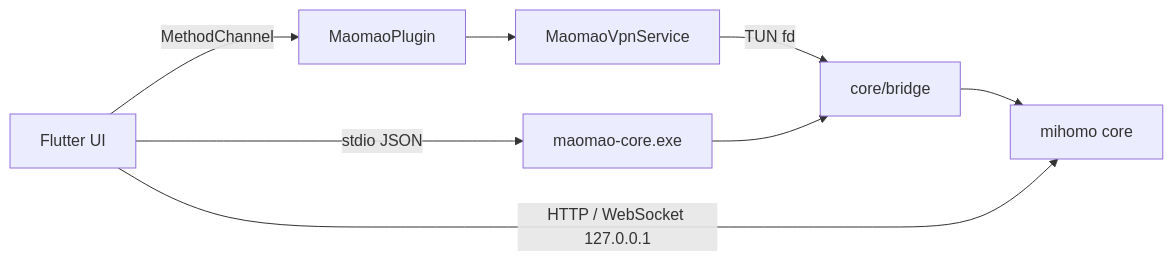
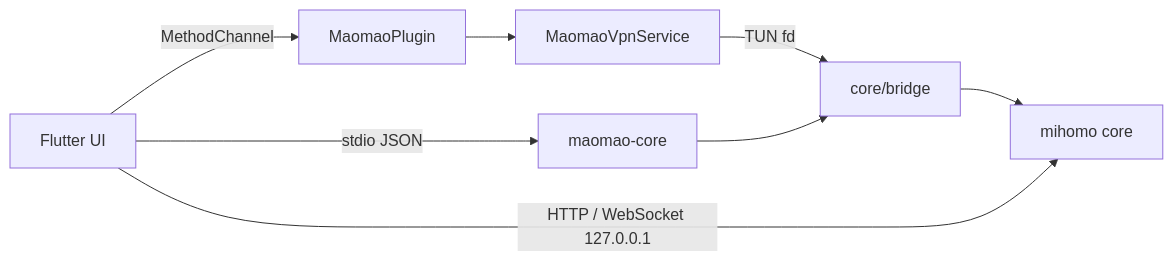
Before and after one commit to lijilong225/maomao: the diagram in README.md, drawn with Mermaid. The commit also changed other lines of this file and 36 other files, not shown here.

````diff
--- a/README.md
+++ b/README.md
@@ -25,10 +26,10 @@
 ```mermaid
 graph LR
   UI[Flutter UI] -->|MethodChannel| Plugin[MaomaoPlugin]
   Plugin --> VPN[MaomaoVpnService]
   VPN -->|TUN fd| Bridge[core/bridge]
-  UI -->|stdio JSON| Sidecar[maomao-core.exe]
+  UI -->|stdio JSON| Sidecar[maomao-core]
   Sidecar --> Bridge
   Bridge --> Mihomo[mihomo core]
   UI -->|HTTP / WebSocket 127.0.0.1| Mihomo
 ```
````
